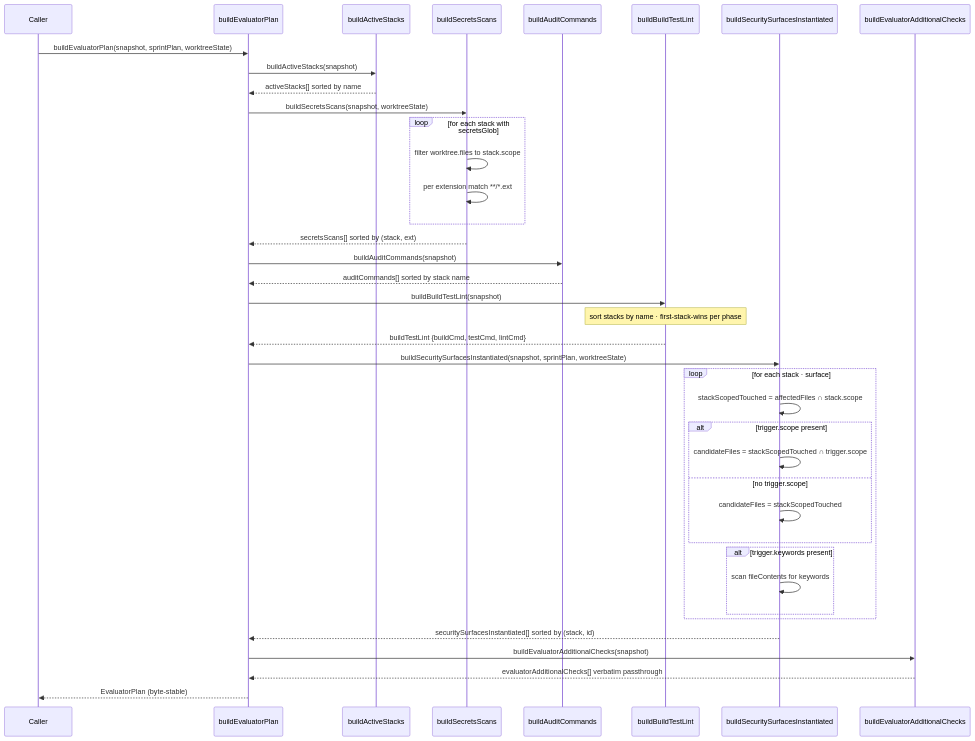
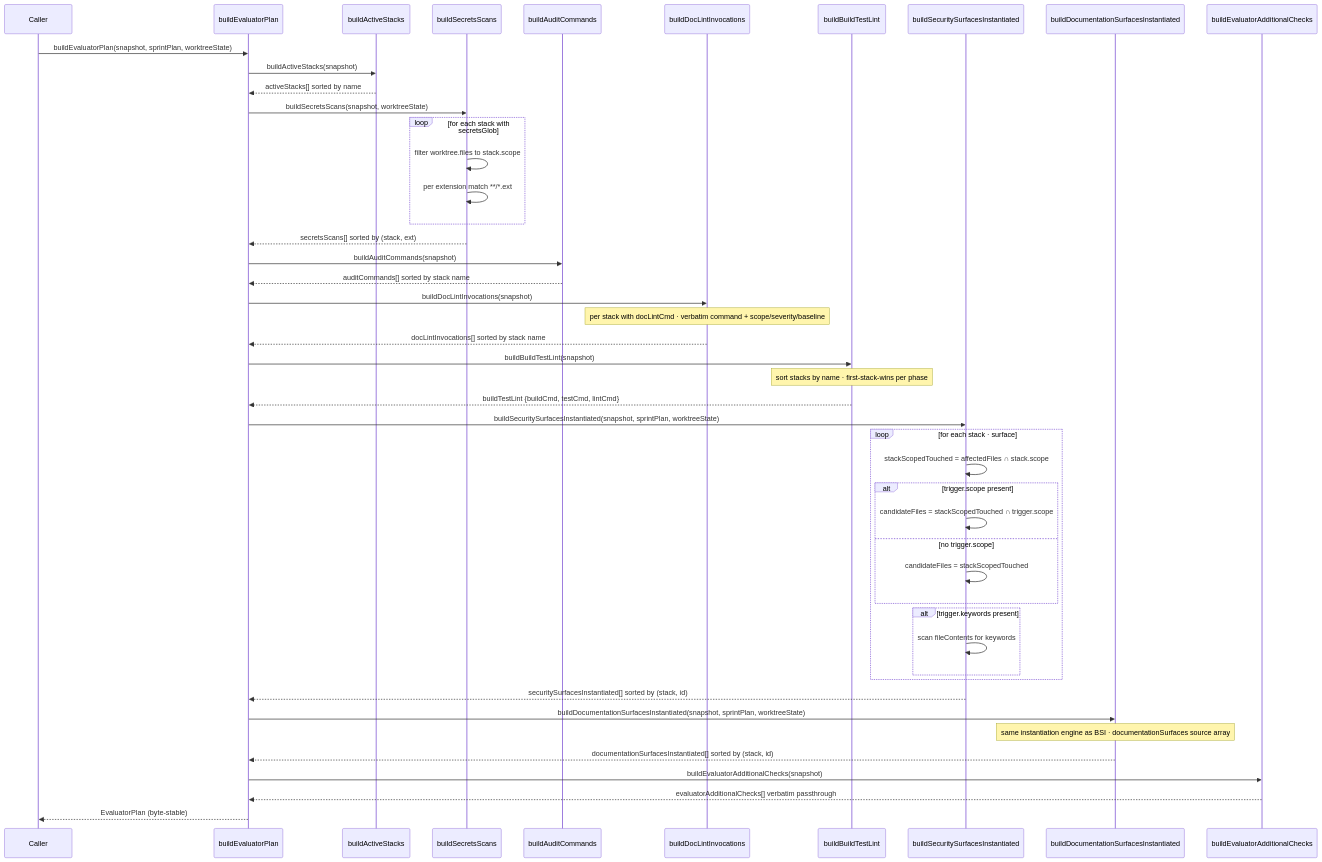
One commit to Thomas-AppForceOne/ClaudeAgents changed the fifth of 5 diagrams in documentation/evaluator.md. Above: the diagram before and after it, drawn with Mermaid. The commit also changed other lines of this file and 28 other files, not shown here.

````diff
--- a/documentation/evaluator.md
+++ b/documentation/evaluator.md
@@ -241,49 +291,59 @@
 ```mermaid
 sequenceDiagram
     participant CA as Caller
     participant PB as buildEvaluatorPlan
     participant BAS as buildActiveStacks
     participant BSS as buildSecretsScans
     participant BAC as buildAuditCommands
+    participant BDL as buildDocLintInvocations
     participant BBT as buildBuildTestLint
     participant BSI as buildSecuritySurfacesInstantiated
+    participant BDS as buildDocumentationSurfacesInstantiated
     participant BAD as buildEvaluatorAdditionalChecks
 
     CA->>PB: buildEvaluatorPlan(snapshot, sprintPlan, worktreeState)
 
     PB->>BAS: buildActiveStacks(snapshot)
     BAS-->>PB: activeStacks[] sorted by name
 
     PB->>BSS: buildSecretsScans(snapshot, worktreeState)
     loop for each stack with secretsGlob
         BSS->>BSS: filter worktree.files to stack.scope
         BSS->>BSS: per extension match **/*.ext
     end
     BSS-->>PB: secretsScans[] sorted by (stack, ext)
 
     PB->>BAC: buildAuditCommands(snapshot)
     BAC-->>PB: auditCommands[] sorted by stack name
+
+    PB->>BDL: buildDocLintInvocations(snapshot)
+    Note over BDL: per stack with docLintCmd · verbatim command + scope/severity/baseline
+    BDL-->>PB: docLintInvocations[] sorted by stack name
 
     PB->>BBT: buildBuildTestLint(snapshot)
     Note over BBT: sort stacks by name · first-stack-wins per phase
     BBT-->>PB: buildTestLint {buildCmd, testCmd, lintCmd}
 
     PB->>BSI: buildSecuritySurfacesInstantiated(snapshot, sprintPlan, worktreeState)
     loop for each stack · surface
         BSI->>BSI: stackScopedTouched = affectedFiles ∩ stack.scope
         alt trigger.scope present
             BSI->>BSI: candidateFiles = stackScopedTouched ∩ trigger.scope
         else no trigger.scope
             BSI->>BSI: candidateFiles = stackScopedTouched
         end
         alt trigger.keywords present
             BSI->>BSI: scan fileContents for keywords
         end
     end
     BSI-->>PB: securitySurfacesInstantiated[] sorted by (stack, id)
 
+    PB->>BDS: buildDocumentationSurfacesInstantiated(snapshot, sprintPlan, worktreeState)
+    Note over BDS: same instantiation engine as BSI · documentationSurfaces source array
+    BDS-->>PB: documentationSurfacesInstantiated[] sorted by (stack, id)
+
     PB->>BAD: buildEvaluatorAdditionalChecks(snapshot)
     BAD-->>PB: evaluatorAdditionalChecks[] verbatim passthrough
 
     PB-->>CA: EvaluatorPlan (byte-stable)
 ```
````
